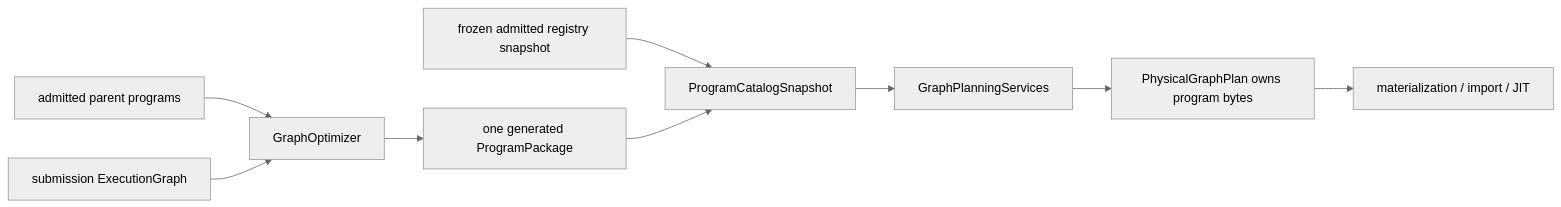
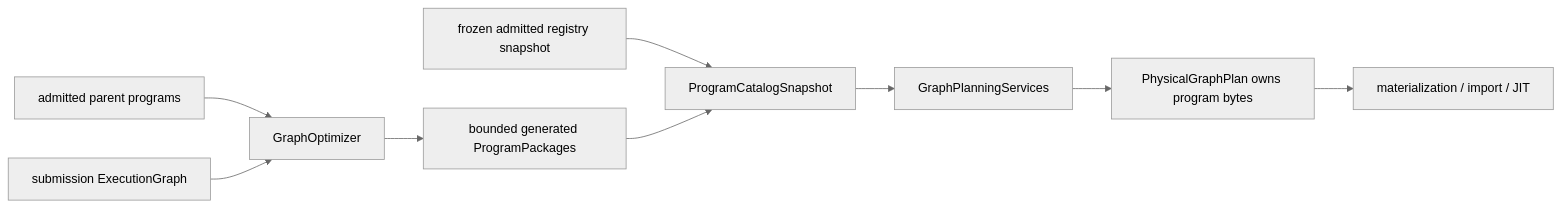
Before and after one commit to nekomiya-kasane/Hetis: diagram 39 of 39 in Sora/docs/HeterogeneousComputeArchitecture.md, drawn with Mermaid (neutral theme). The commit also changed other lines of this file and 9 other files, not shown here.

Commit message:
Close bounded multi-region graph fusion

````diff
--- a/Sora/docs/HeterogeneousComputeArchitecture.md
+++ b/Sora/docs/HeterogeneousComputeArchitecture.md
@@ -3953,11 +3953,11 @@
 ```mermaid
 flowchart LR
     Registry["frozen admitted registry snapshot"] --> Catalog["ProgramCatalogSnapshot"]
     Parents["admitted parent programs"] --> Optimizer["GraphOptimizer"]
     Graph["submission ExecutionGraph"] --> Optimizer
-    Optimizer --> Derived["one generated ProgramPackage"]
+    Optimizer --> Derived["bounded generated ProgramPackages"]
     Derived --> Catalog
     Catalog --> Planner["GraphPlanningServices"]
     Planner --> Plan["PhysicalGraphPlan owns program bytes"]
     Plan --> Materializer["materialization / import / JIT"]
 ```
````
